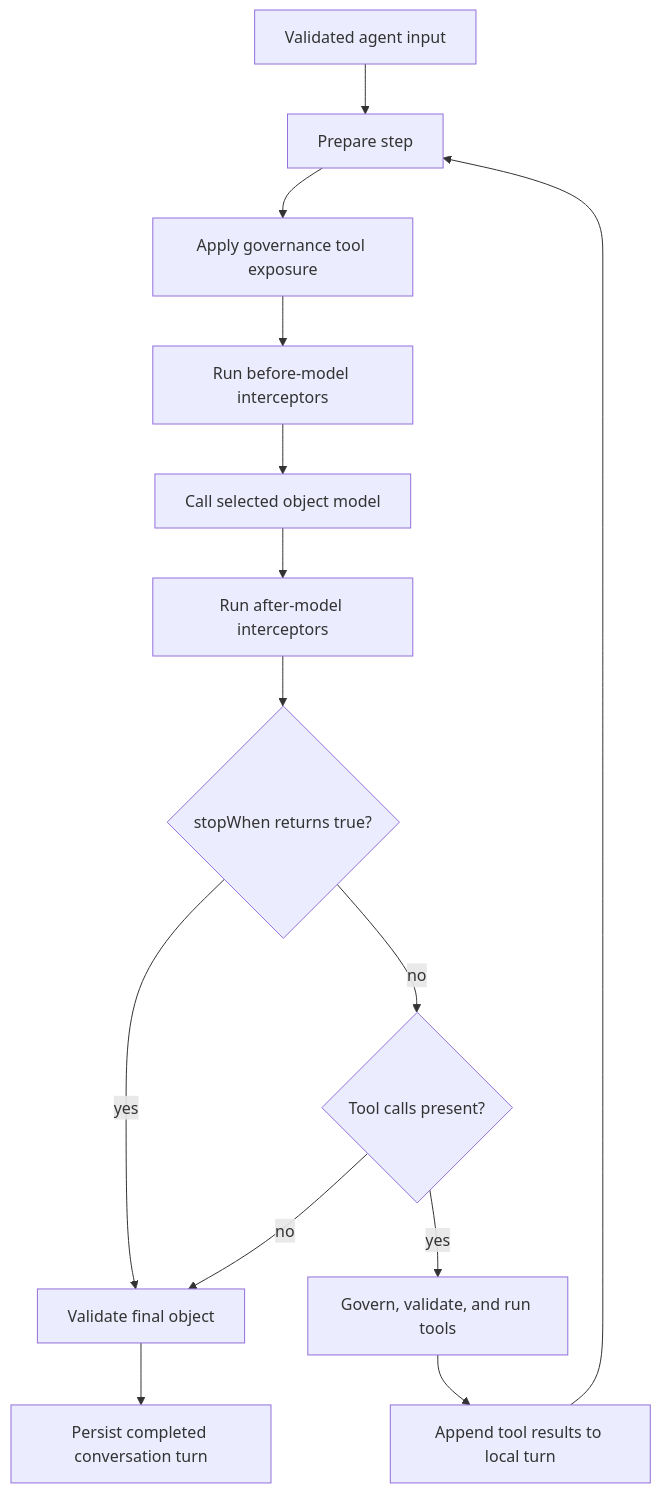
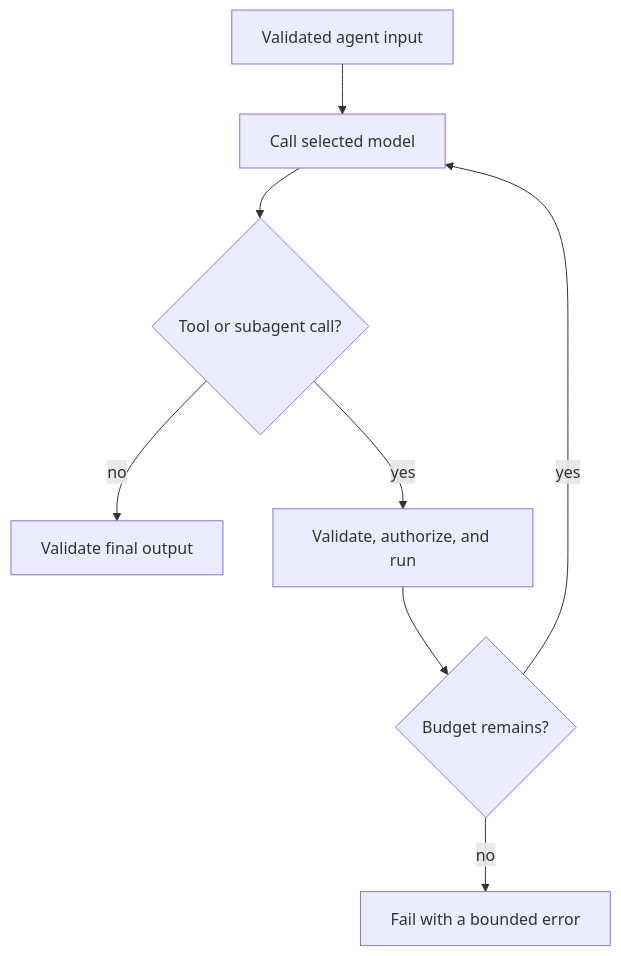
One commit to puristajs/purista changed the diagram in web/src/content/handbook/harness/build-agents/control-the-model-loop.md. Above: the diagram before and after it, drawn with Mermaid. The commit also changed other lines of this file and 130 other files, not shown here.

````diff
--- a/web/src/content/handbook/harness/build-agents/control-the-model-loop.md
+++ b/web/src/content/handbook/harness/build-agents/control-the-model-loop.md
@@ -12,16 +12,10 @@
-```mermaid title="Default agent model and tool loop"
+```mermaid title="Bounded standard agent loop"
 flowchart TD
-  A[Validated agent input] --> B[Prepare step]
-  B --> C[Apply governance tool exposure]
-  C --> D[Run before-model interceptors]
-  D --> E[Call selected object model]
-  E --> F[Run after-model interceptors]
-  F --> G{stopWhen returns true?}
-  G -- yes --> H[Validate final object]
-  G -- no --> I{Tool calls present?}
-  I -- no --> H
-  I -- yes --> J[Govern, validate, and run tools]
-  J --> K[Append tool results to local turn]
-  K --> B
-  H --> L[Persist completed conversation turn]
+  A[Validated agent input] --> B[Call selected model]
+  B --> C{Tool or subagent call?}
+  C -- no --> D[Validate final output]
+  C -- yes --> E[Validate, authorize, and run]
+  E --> F{Budget remains?}
+  F -- yes --> B
+  F -- no --> G[Fail with a bounded error]
 ```
````
